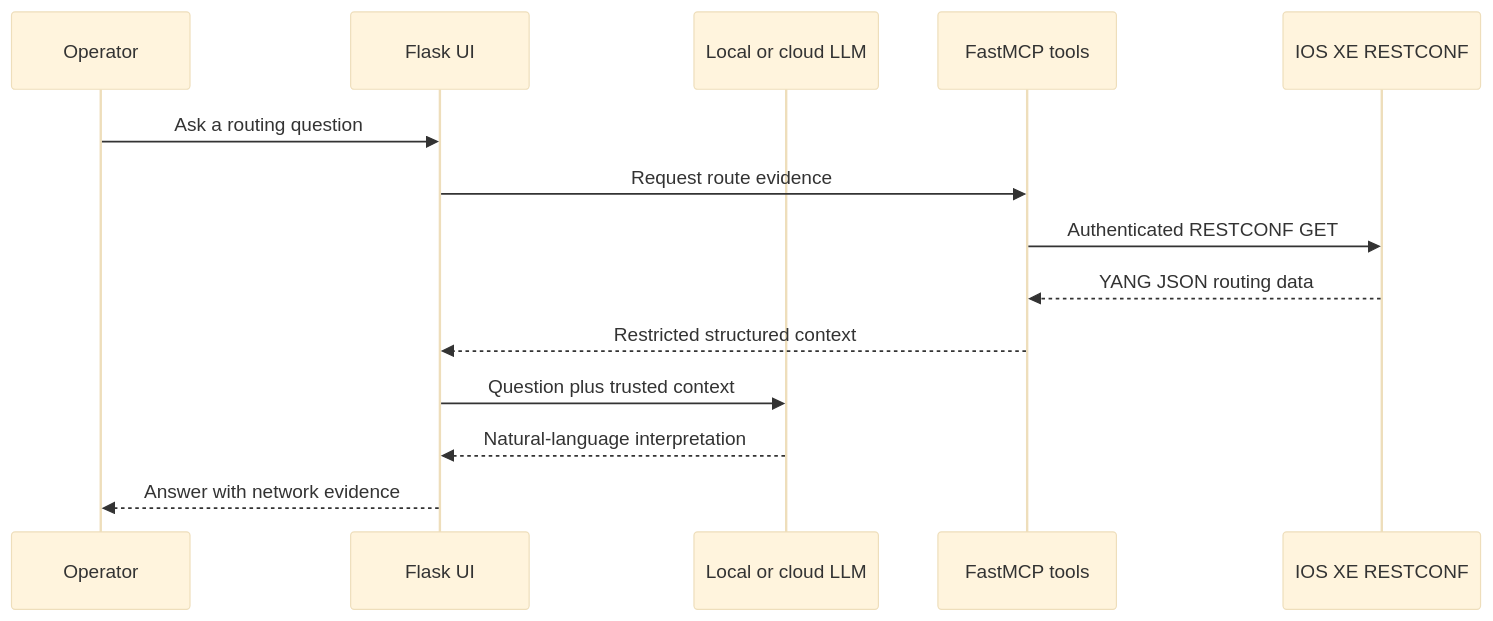
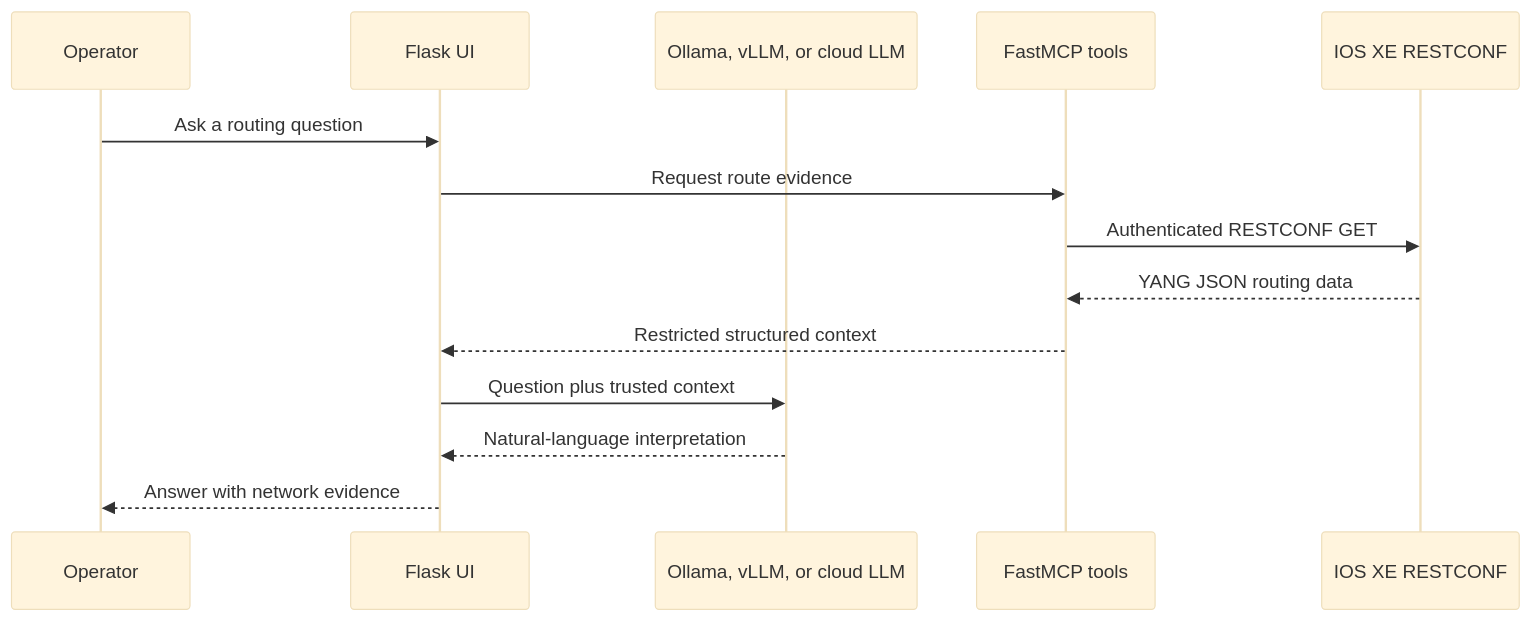
One commit to tanthanh85/CCNPAUTO changed the eighth of 8 diagrams in LAB/README.md. Above: the diagram before and after it, drawn with Mermaid (base theme). The commit also changed other lines of this file and 4 other files, not shown here.

````diff
--- a/LAB/README.md
+++ b/LAB/README.md
@@ -337,16 +337,16 @@
 ```mermaid
 sequenceDiagram
     participant U as Operator
     participant W as Flask UI
-    participant M as Local or cloud LLM
+    participant M as Ollama, vLLM, or cloud LLM
     participant T as FastMCP tools
     participant R as IOS XE RESTCONF
     U->>W: Ask a routing question
     W->>T: Request route evidence
     T->>R: Authenticated RESTCONF GET
     R-->>T: YANG JSON routing data
     T-->>W: Restricted structured context
     W->>M: Question plus trusted context
     M-->>W: Natural-language interpretation
     W-->>U: Answer with network evidence
 ```
````
